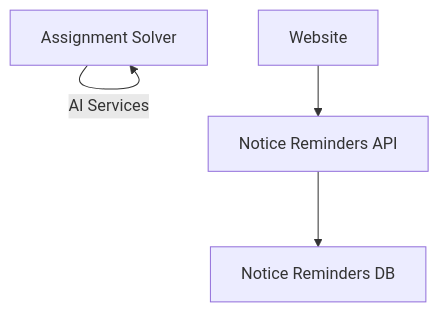
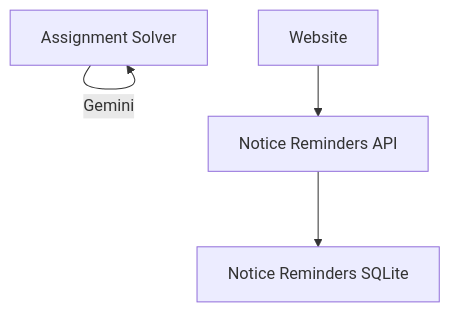
The sixth of 6 diagrams in src/data/docs/mooc-utils/Project Overview/What is MOOC Utils.md (tashifkhan/tashif.codes), drawn with Mermaid before and after one commit. The commit also changed other lines of this file and 2128 other files, not shown here.

First line of the commit message:
docs: replace raster diagram images with native Mermaid across project guides

````diff
--- a/src/data/docs/mooc-utils/Project Overview/What is MOOC Utils.md
+++ b/src/data/docs/mooc-utils/Project Overview/What is MOOC Utils.md
@@ -169,10 +150,10 @@
 ```mermaid
 graph TB
 AS["Assignment Solver"]
 NR_API["Notice Reminders API"]
-NR_DB["Notice Reminders DB"]
+NR_DB["Notice Reminders SQLite"]
 WEB["Website"]
-AS --> |"AI Services"| AS
+AS --> |"Gemini"| AS
 WEB --> NR_API
 NR_API --> NR_DB
 ```
````
